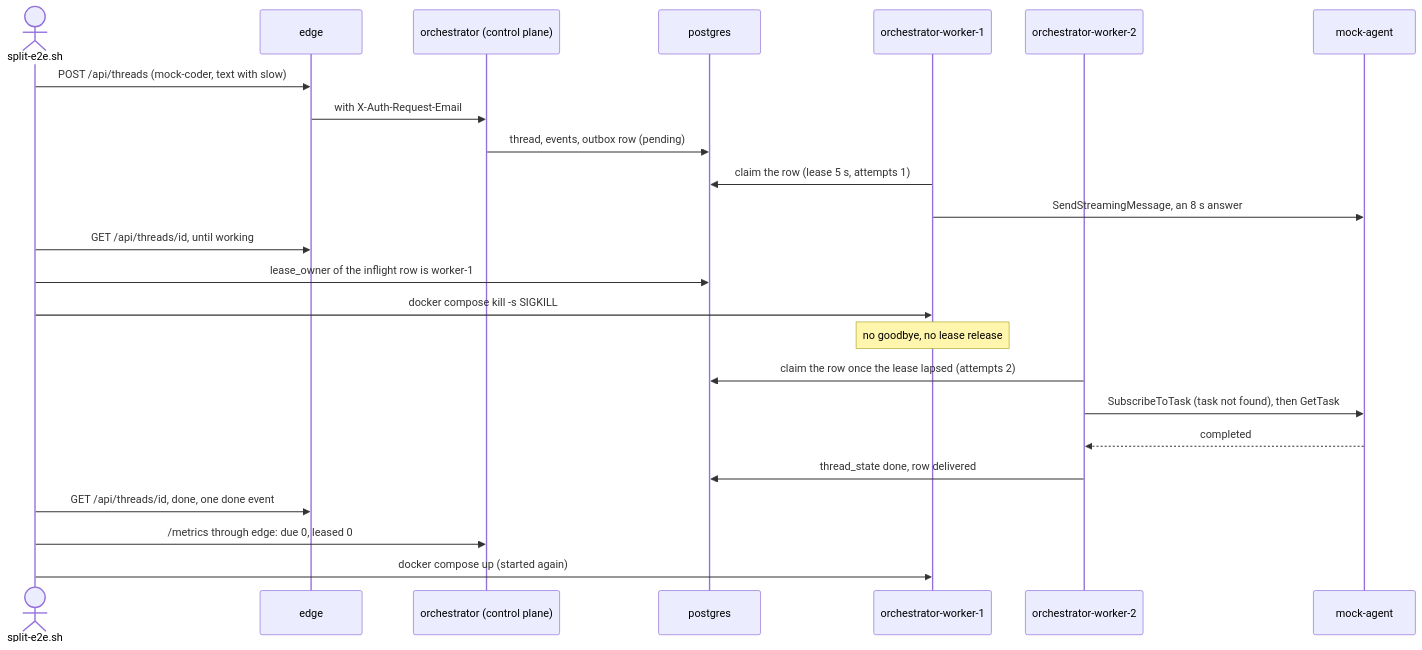
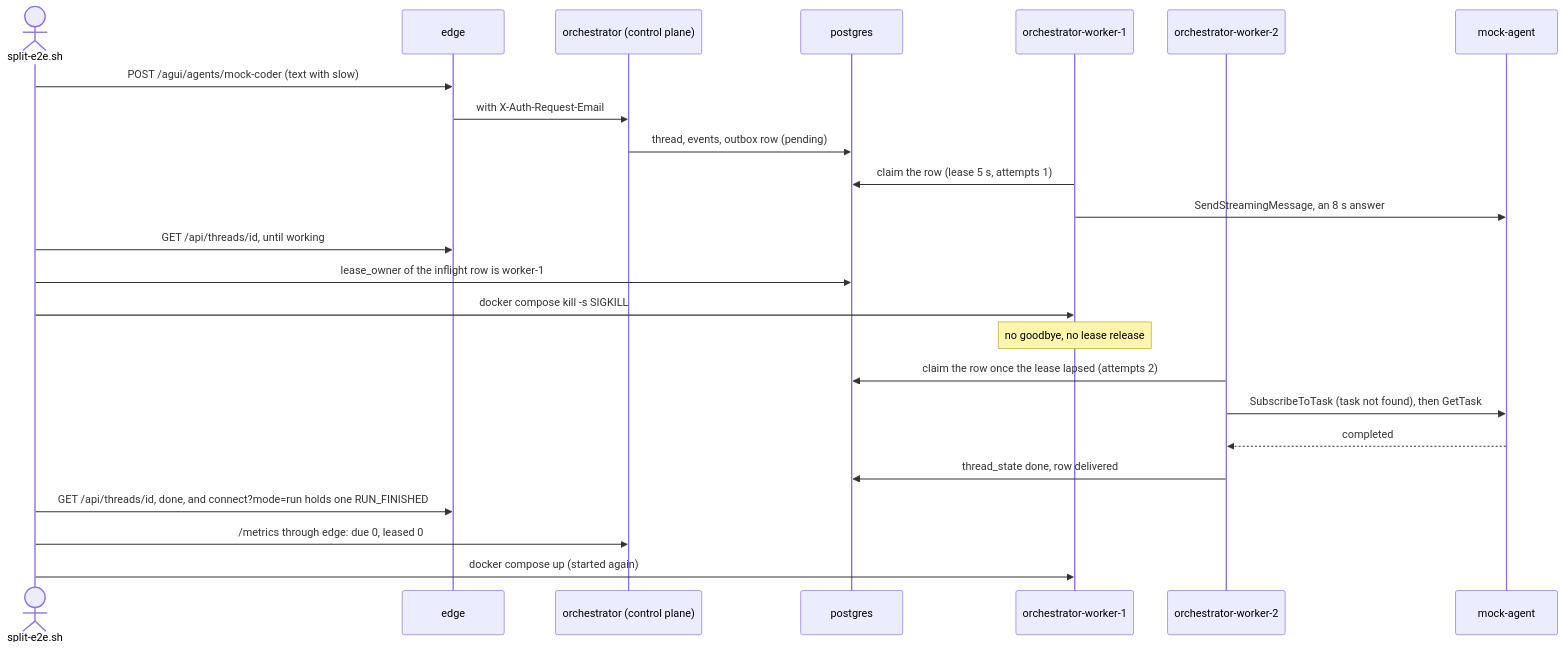
Before and after one commit to vymalo/another-agentic-system: the fourth of 6 diagrams in dev/README.md, drawn with Mermaid. The commit also changed other lines of this file and 18 other files, not shown here.

````diff
--- a/dev/README.md
+++ b/dev/README.md
@@ -205,26 +208,26 @@
 ```mermaid
 sequenceDiagram
   actor U as split-e2e.sh
   participant E as edge
   participant C as orchestrator (control plane)
   participant P as postgres
   participant A as orchestrator-worker-1
   participant B as orchestrator-worker-2
   participant M as mock-agent
-  U->>E: POST /api/threads (mock-coder, text with slow)
+  U->>E: POST /agui/agents/mock-coder (text with slow)
   E->>C: with X-Auth-Request-Email
   C->>P: thread, events, outbox row (pending)
   A->>P: claim the row (lease 5 s, attempts 1)
   A->>M: SendStreamingMessage, an 8 s answer
   U->>E: GET /api/threads/id, until working
   U->>P: lease_owner of the inflight row is worker-1
   U->>A: docker compose kill -s SIGKILL
   Note over A: no goodbye, no lease release
   B->>P: claim the row once the lease lapsed (attempts 2)
   B->>M: SubscribeToTask (task not found), then GetTask
   M-->>B: completed
   B->>P: thread_state done, row delivered
-  U->>E: GET /api/threads/id, done, one done event
+  U->>E: GET /api/threads/id, done, and connect?mode=run holds one RUN_FINISHED
   U->>C: /metrics through edge: due 0, leased 0
   U->>A: docker compose up (started again)
 ```
````
